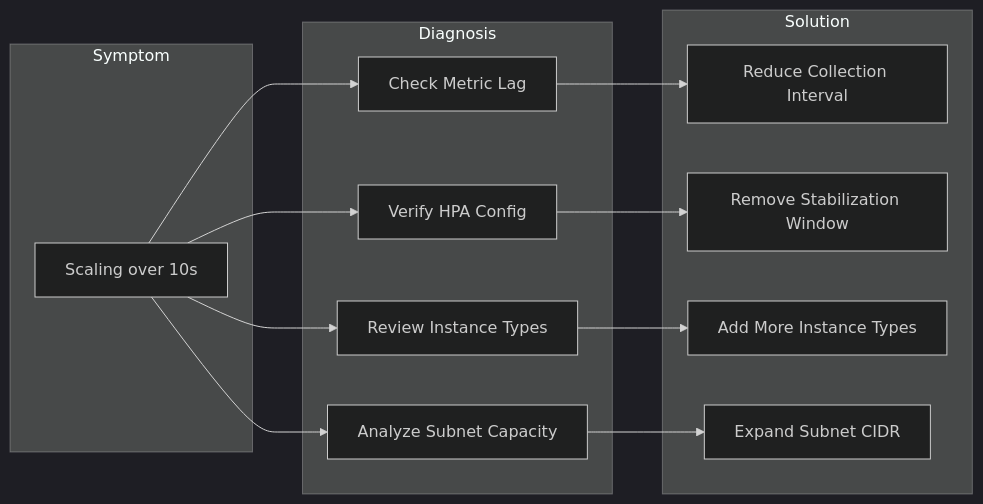
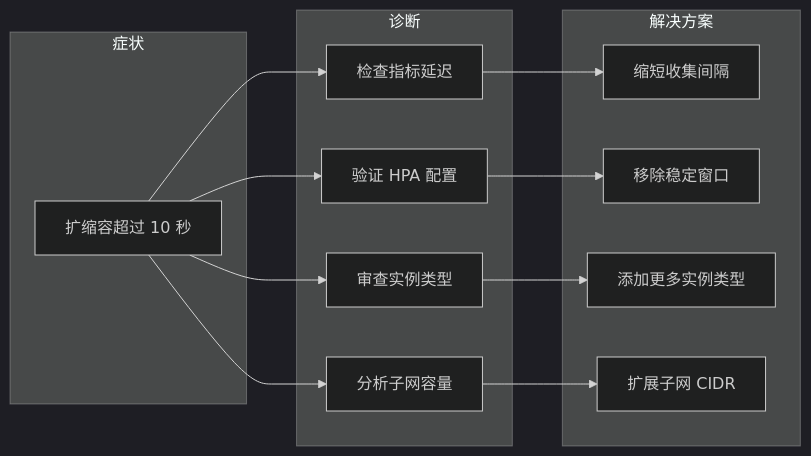
Diagram 15 of 18 in i18n/zh/docusaurus-plugin-content-docs/current/infrastructure-optimization/karpenter-autoscaling.md (devfloor9/engineering-playbook), drawn with Mermaid (dark theme) before and after one commit. The commit also changed other lines of this file and 43 other files, not shown here.

````diff
--- a/i18n/zh/docusaurus-plugin-content-docs/current/infrastructure-optimization/karpenter-autoscaling.md
+++ b/i18n/zh/docusaurus-plugin-content-docs/current/infrastructure-optimization/karpenter-autoscaling.md
@@ -700,26 +950,26 @@
 ```mermaid
 graph LR
-    subgraph "Symptom"
-        SLOW[Scaling over 10s]
+    subgraph "症状"
+        SLOW[扩缩容超过 10 秒]
     end
 
-    subgraph "Diagnosis"
-        D1[Check Metric Lag]
-        D2[Verify HPA Config]
-        D3[Review Instance Types]
-        D4[Analyze Subnet Capacity]
+    subgraph "诊断"
+        D1[检查指标延迟]
+        D2[验证 HPA 配置]
+        D3[审查实例类型]
+        D4[分析子网容量]
     end
 
-    subgraph "Solution"
-        S1[Reduce Collection Interval]
-        S2[Remove Stabilization Window]
-        S3[Add More Instance Types]
-        S4[Expand Subnet CIDR]
+    subgraph "解决方案"
+        S1[缩短收集间隔]
+        S2[移除稳定窗口]
+        S3[添加更多实例类型]
+        S4[扩展子网 CIDR]
     end
 
     SLOW --> D1 --> S1
     SLOW --> D2 --> S2
     SLOW --> D3 --> S3
     SLOW --> D4 --> S4
 
 ```
````
